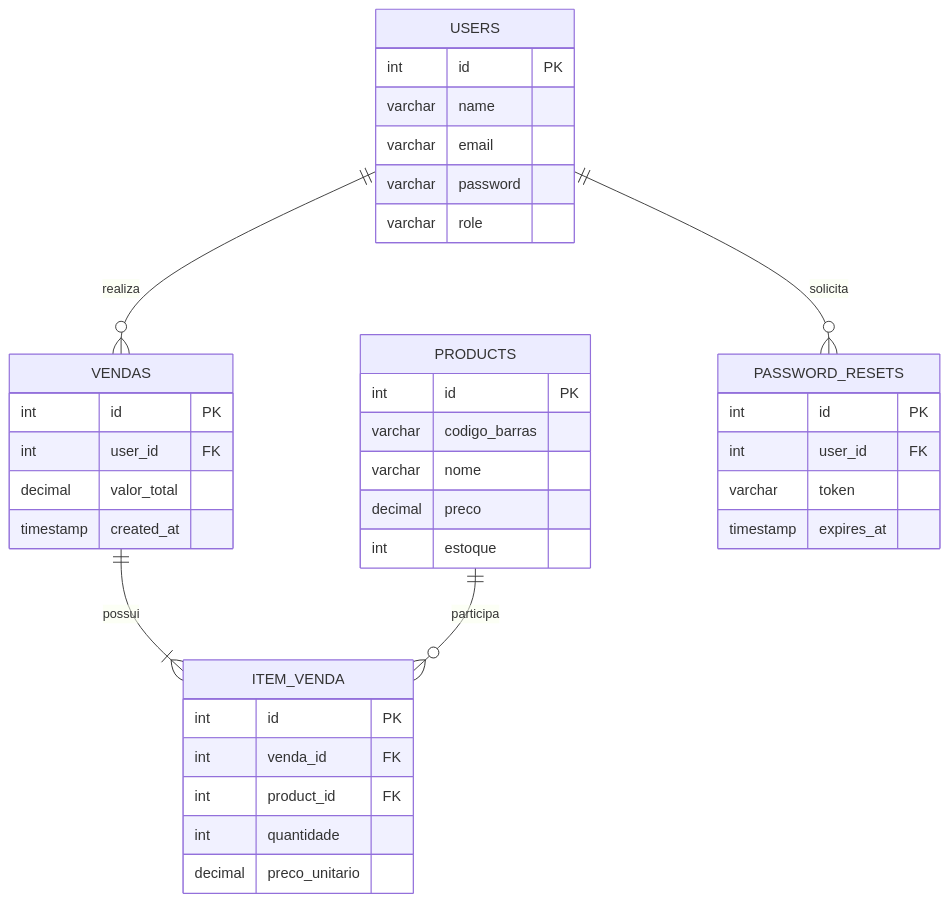
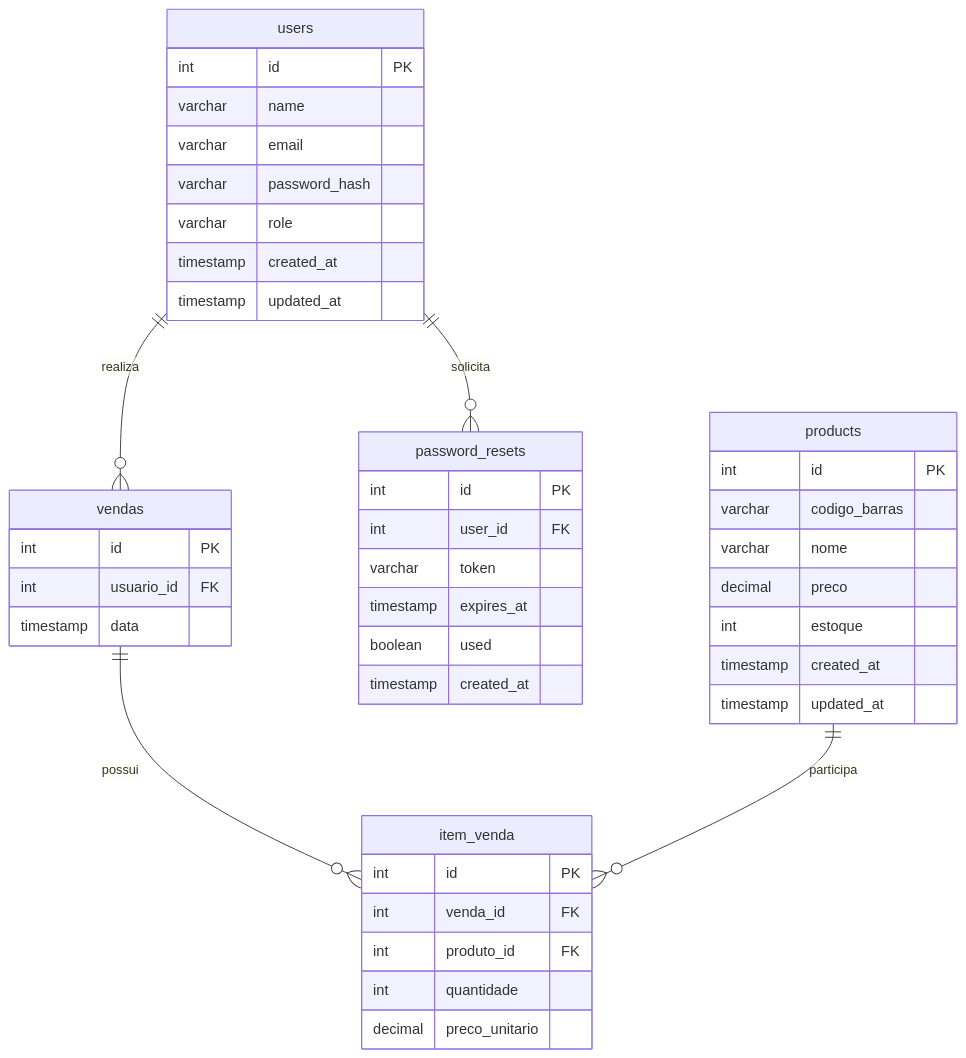
One commit to dhenyffer-arantes/sistema-estoque changed the diagram in README.md. Above: the diagram before and after it, drawn with Mermaid. The commit also changed other lines of this file, not shown here.

````diff
--- a/README.md
+++ b/README.md
@@ -51,45 +68,50 @@
 ```mermaid
 erDiagram
-    USERS ||--o{ VENDAS : realiza
-    VENDAS ||--|{ ITEM_VENDA : possui
-    PRODUCTS ||--o{ ITEM_VENDA : participa
-    USERS ||--o{ PASSWORD_RESETS : solicita
+    users ||--o{ vendas : realiza
+    users ||--o{ password_resets : solicita
+    vendas ||--o{ item_venda : possui
+    products ||--o{ item_venda : participa
 
-    USERS {
+    users {
         int id PK
         varchar name
         varchar email
-        varchar password
+        varchar password_hash
         varchar role
+        timestamp created_at
+        timestamp updated_at
     }
 
-    PRODUCTS {
+    products {
         int id PK
         varchar codigo_barras
         varchar nome
         decimal preco
         int estoque
+        timestamp created_at
+        timestamp updated_at
     }
 
-    VENDAS {
+    vendas {
         int id PK
-        int user_id FK
-        decimal valor_total
-        timestamp created_at
+        int usuario_id FK
+        timestamp data
     }
 
-    ITEM_VENDA {
+    item_venda {
         int id PK
         int venda_id FK
-        int product_id FK
+        int produto_id FK
         int quantidade
         decimal preco_unitario
     }
 
-    PASSWORD_RESETS {
+    password_resets {
         int id PK
         int user_id FK
         varchar token
         timestamp expires_at
+        boolean used
+        timestamp created_at
     }
 ```
````
